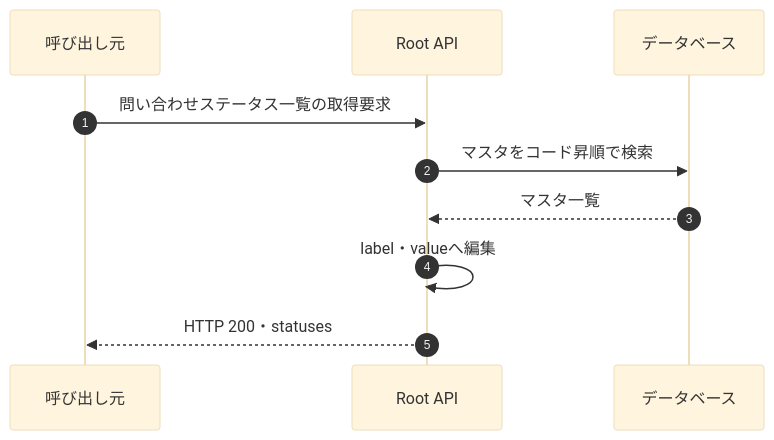
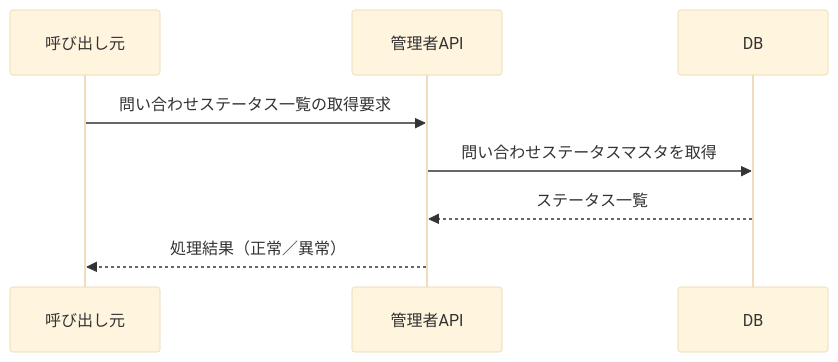
The first of 2 diagrams in ha-docs/design/05_rootapi/設計書_5.8.2.問い合わせステータスマスタ一覧取得API.md (kohei-okazaki/work-3g), drawn with Mermaid (base theme) before and after one commit. The commit also changed other lines of this file and 67 other files, not shown here.

````diff
--- a/ha-docs/design/05_rootapi/設計書_5.8.2.問い合わせステータスマスタ一覧取得API.md
+++ b/ha-docs/design/05_rootapi/設計書_5.8.2.問い合わせステータスマスタ一覧取得API.md
@@ -87,12 +10,10 @@
 ```mermaid
 sequenceDiagram
-    autonumber
-    participant Client as 呼び出し元
-    participant API as Root API
-    participant DB as データベース
-    Client->>API: 問い合わせステータス一覧の取得要求
-    API->>DB: マスタをコード昇順で検索
-    DB-->>API: マスタ一覧
-    API->>API: label・valueへ編集
-    API-->>Client: HTTP 200・statuses
+    participant C as 呼び出し元
+    participant A as 管理者API
+    participant D as DB
+    C->>A: 問い合わせステータス一覧の取得要求
+    A->>D: 問い合わせステータスマスタを取得
+    D-->>A: ステータス一覧
+    A-->>C: 処理結果（正常／異常）
 ```
````
